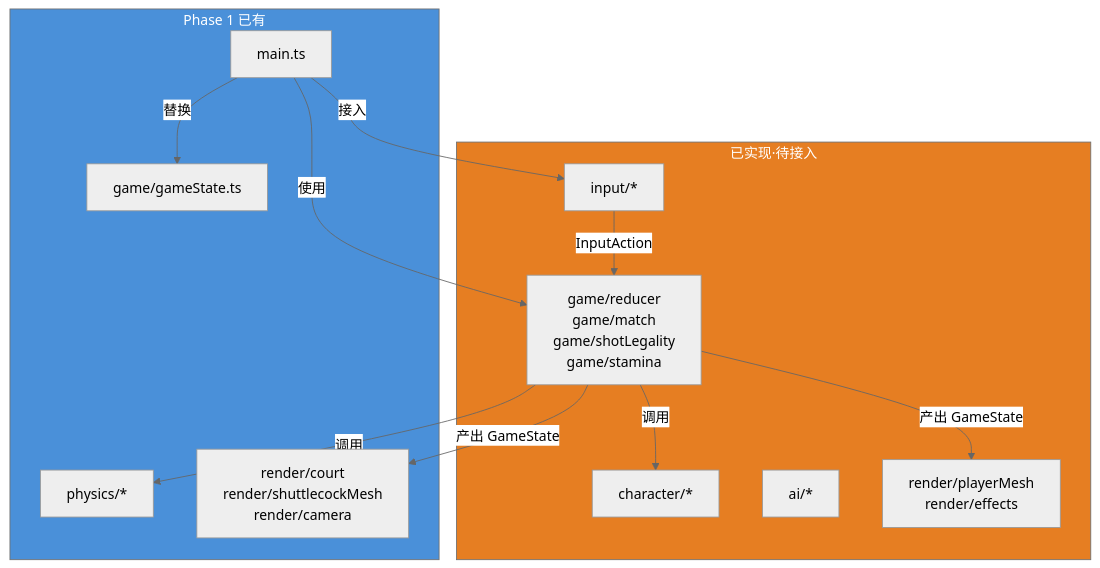
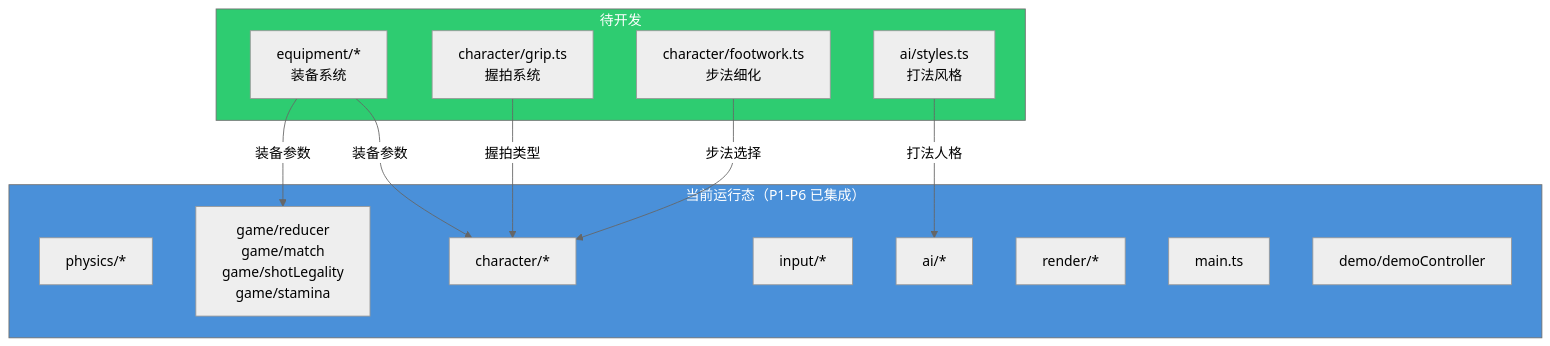
Before and after one commit to mizy/badminton-web: the third of 5 diagrams in docs/architecture.md, drawn with Mermaid (neutral theme). The commit also changed other lines of this file and 17 other files, not shown here.

First line of the commit message:
feat: 球员比例缩小/连贯对打修复/C键视角切换+截图脚本

````diff
--- a/docs/architecture.md
+++ b/docs/architecture.md
@@ -138,29 +138,29 @@
 ```mermaid
 graph TD
-    subgraph Blueprint["已实现·待接入"]
-        INP[input/*]
+    subgraph Existing["当前运行态（P1-P6 已集成）"]
+        PHY[physics/*]
         CHAR[character/*]
         AI[ai/*]
-        GAME_NEW[game/reducer<br/>game/match<br/>game/shotLegality<br/>game/stamina]
-        RENDER_NEW[render/playerMesh<br/>render/effects]
+        INP[input/*]
+        GAME[game/reducer<br/>game/match<br/>game/shotLegality<br/>game/stamina]
+        RENDER[render/*]
+        MAIN[main.ts]
+        DEMO[demo/demoController]
     end
 
-    subgraph Existing["Phase 1 已有"]
-        PHY[physics/*]
-        RENDER_OLD[render/court<br/>render/shuttlecockMesh<br/>render/camera]
-        GS_OLD[game/gameState.ts]
-        MAIN[main.ts]
+    subgraph Future["待开发"]
+        EQ[equipment/*<br/>装备系统]
+        GRIP[character/grip.ts<br/>握拍系统]
+        FW[character/footwork.ts<br/>步法细化]
+        STYLE[ai/styles.ts<br/>打法风格]
     end
 
-    INP -->|InputAction| GAME_NEW
-    GAME_NEW -->|调用| PHY
-    GAME_NEW -->|调用| CHAR
-    GAME_NEW -->|产出 GameState| RENDER_NEW
-    GAME_NEW -->|产出 GameState| RENDER_OLD
-    MAIN -->|接入| INP
-    MAIN -->|替换| GS_OLD
-    MAIN -->|使用| GAME_NEW
+    EQ -->|装备参数| GAME
+    EQ -->|装备参数| CHAR
+    GRIP -->|握拍类型| CHAR
+    FW -->|步法选择| CHAR
+    STYLE -->|打法人格| AI
 
-    style Blueprint fill:#e67e22,color:#fff
     style Existing fill:#4a90d9,color:#fff
+    style Future fill:#2ecc71,color:#fff
 ```
````
